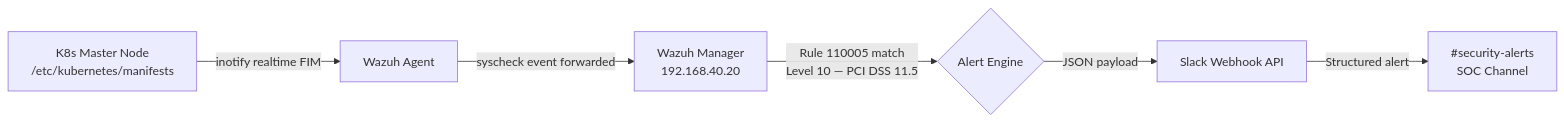
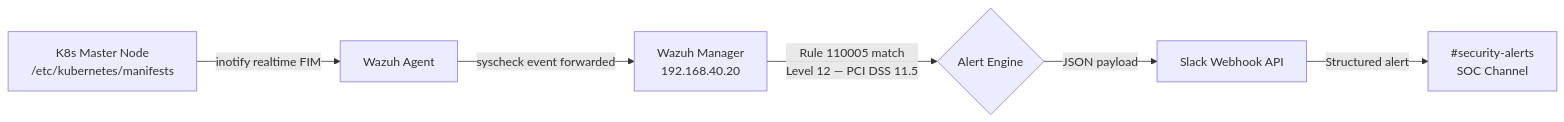
The diagram in README.md (brypreez/homelab), drawn with Mermaid before and after one commit. The commit also changed other lines of this file and 1 other file, not shown here.

````diff
--- a/README.md
+++ b/README.md
@@ -83,8 +83,9 @@
 ```mermaid
 flowchart LR
     A[K8s Master Node\n/etc/kubernetes/manifests] -->|inotify realtime FIM| B[Wazuh Agent]
     B -->|syscheck event forwarded| C[Wazuh Manager\n192.168.40.20]
-    C -->|Rule 110005 match\nLevel 10 — PCI DSS 11.5| D{Alert Engine}
+    C -->|Rule 110005 match\nLevel 12 — PCI DSS 11.5| D{Alert Engine}
     D -->|JSON payload| E[Slack Webhook API]
     E -->|Structured alert| F[#security-alerts\nSOC Channel]
+    
 ```
````
